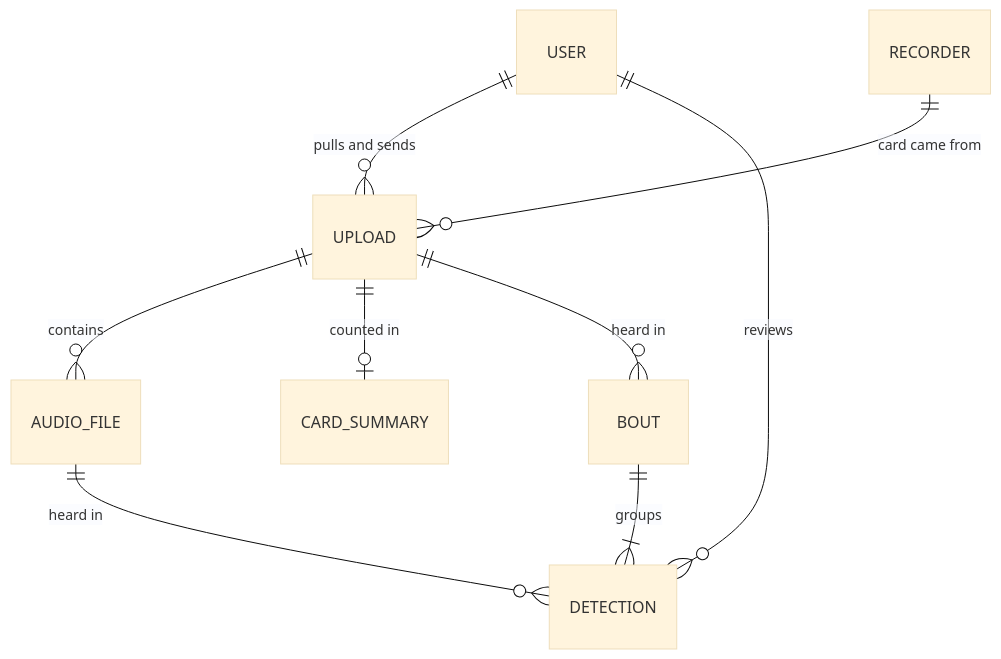
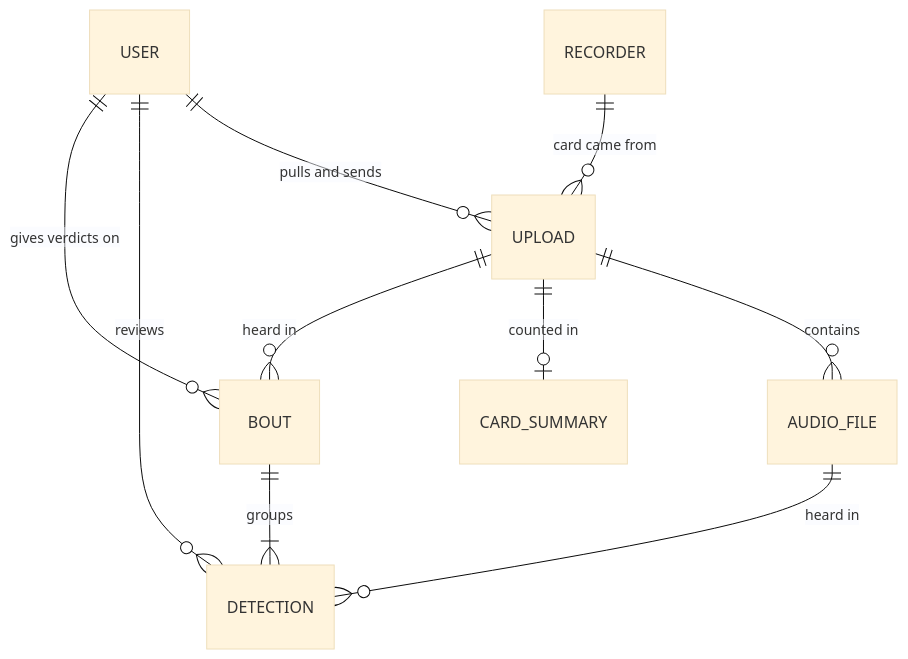
One commit to TimMisiak/EASBirdNet changed the diagram in SCHEMA.md. Above: the diagram before and after it, drawn with Mermaid (base theme). The commit also changed other lines of this file and 19 other files, not shown here.

````diff
--- a/SCHEMA.md
+++ b/SCHEMA.md
@@ -27,11 +27,12 @@
 ```mermaid
 erDiagram
     USER ||--o{ UPLOAD : "pulls and sends"
     RECORDER ||--o{ UPLOAD : "card came from"
     UPLOAD ||--o{ AUDIO_FILE : contains
     AUDIO_FILE ||--o{ DETECTION : "heard in"
     USER ||--o{ DETECTION : reviews
+    USER ||--o{ BOUT : "gives verdicts on"
     UPLOAD ||--o| CARD_SUMMARY : "counted in"
     UPLOAD ||--o{ BOUT : "heard in"
     BOUT ||--|{ DETECTION : groups
 ```
````
